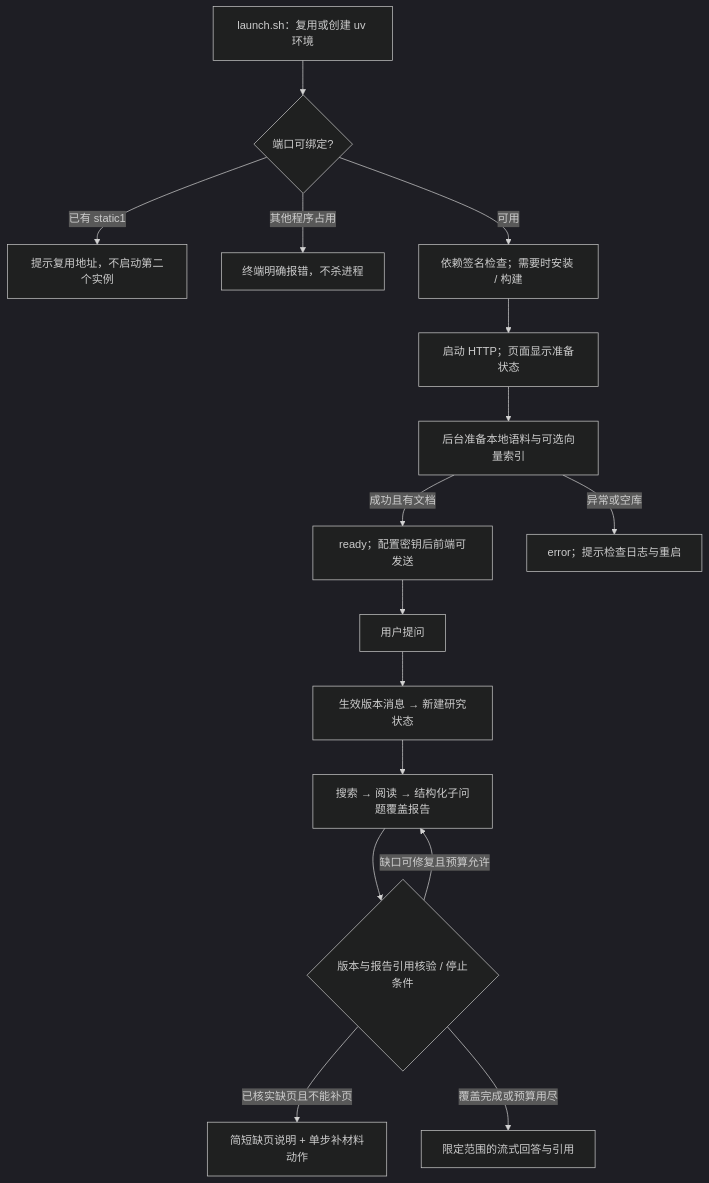
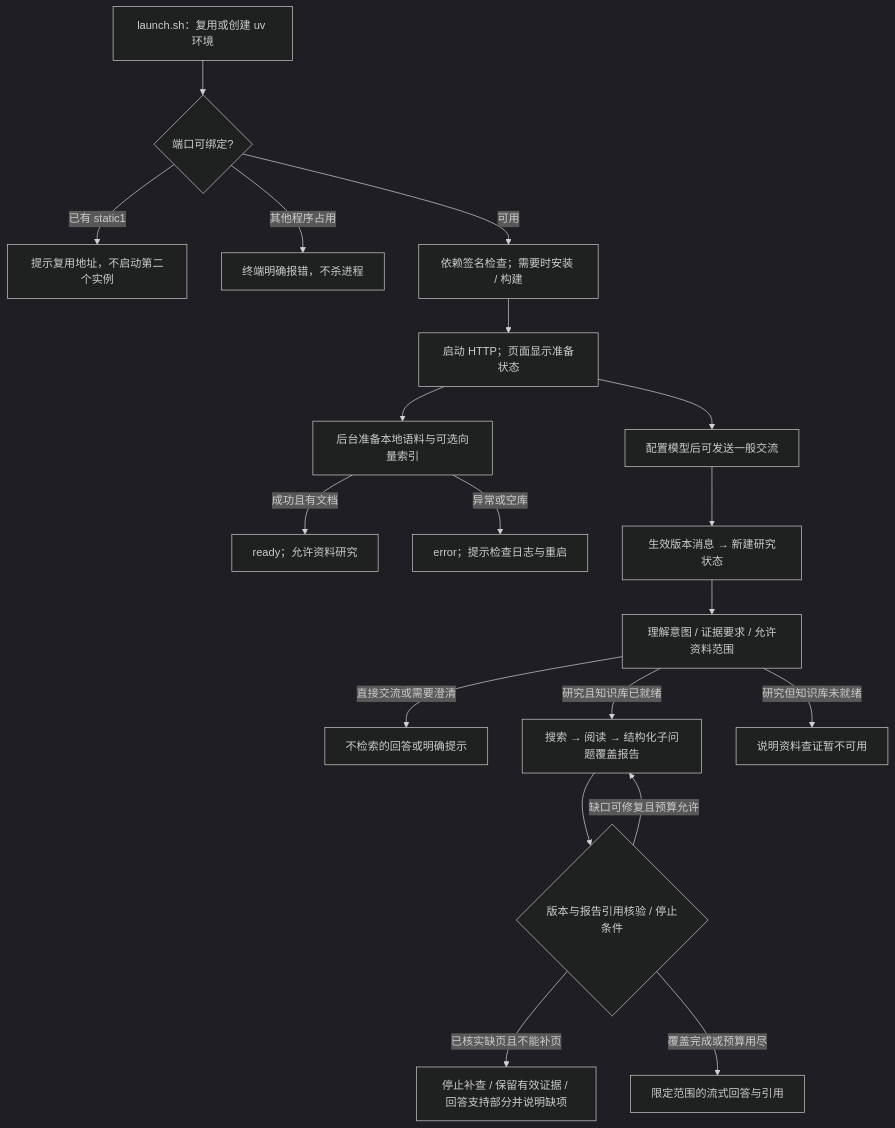
The second of 2 diagrams in dev_docs/static1_design/HLD.md (fhfeishi/pipelines_rag), drawn with Mermaid (dark theme) before and after one commit. The commit also changed other lines of this file and 9 other files, not shown here.

````diff
--- a/dev_docs/static1_design/HLD.md
+++ b/dev_docs/static1_design/HLD.md
@@ -38,18 +38,21 @@
 ```mermaid
 flowchart TD
   Launch[launch.sh：复用或创建 uv 环境] --> Port{端口可绑定?}
   Port -->|已有 static1| Reuse[提示复用地址，不启动第二个实例]
   Port -->|其他程序占用| Exit[终端明确报错，不杀进程]
   Port -->|可用| Deps[依赖签名检查；需要时安装 / 构建]
   Deps --> Serve[启动 HTTP；页面显示准备状态]
   Serve --> Prepare[后台准备本地语料与可选向量索引]
-  Prepare -->|成功且有文档| Ready[ready；配置密钥后前端可发送]
+  Prepare -->|成功且有文档| Ready[ready；允许资料研究]
   Prepare -->|异常或空库| Error[error；提示检查日志与重启]
-  Ready --> Ask[用户提问]
+  Serve --> Ask[配置模型后可发送一般交流]
   Ask --> Fresh[生效版本消息 → 新建研究状态]
-  Fresh --> Research[搜索 → 阅读 → 结构化子问题覆盖报告]
+  Fresh --> Understand[理解意图 / 证据要求 / 允许资料范围]
+  Understand -->|直接交流或需要澄清| Direct[不检索的回答或明确提示]
+  Understand -->|研究且知识库已就绪| Research[搜索 → 阅读 → 结构化子问题覆盖报告]
+  Understand -->|研究但知识库未就绪| Unavailable[说明资料查证暂不可用]
   Research --> Check{版本与报告引用核验 / 停止条件}
   Check -->|缺口可修复且预算允许| Research
-  Check -->|已核实缺页且不能补页| Stop[简短缺页说明 + 单步补材料动作]
+  Check -->|已核实缺页且不能补页| Stop[停止补查 / 保留有效证据 / 回答支持部分并说明缺项]
   Check -->|覆盖完成或预算用尽| Answer[限定范围的流式回答与引用]
 ```
````
